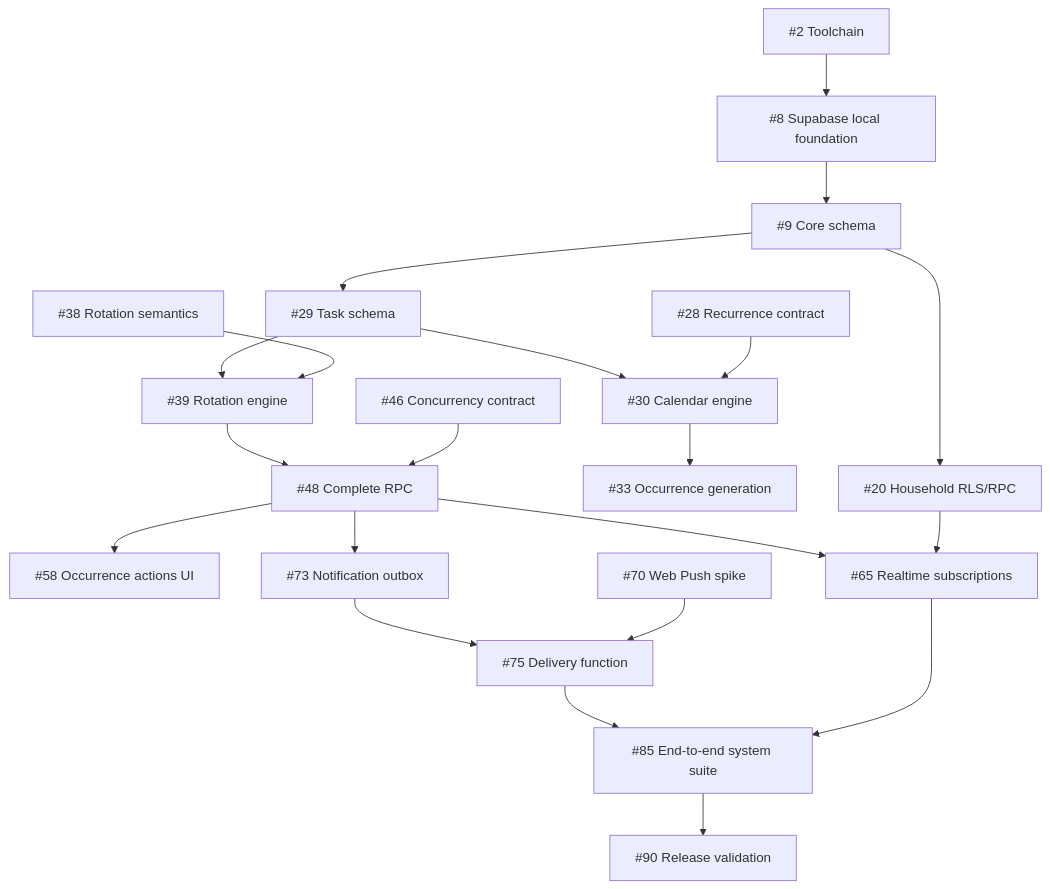
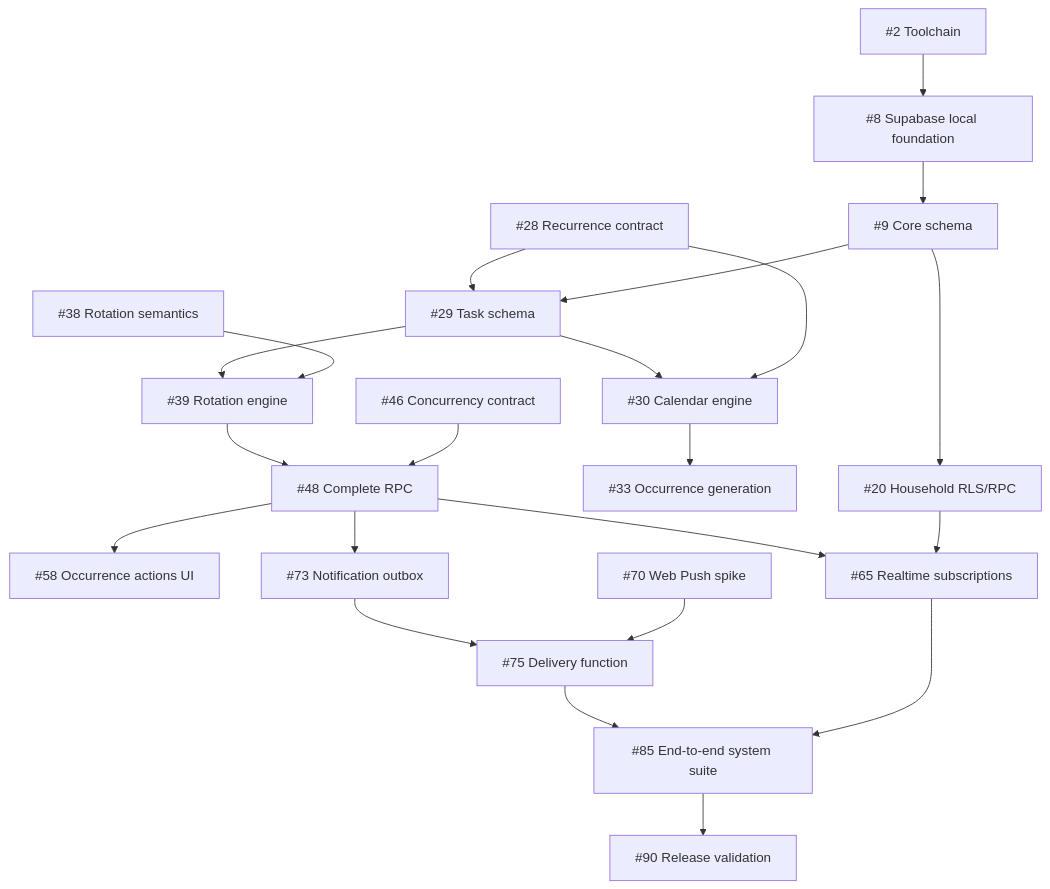
Before and after one commit to christopherrbrown3/hometeam: the fifth of 5 diagrams in ARCHITECTURE.md, drawn with Mermaid. The commit also changed 1 other file, not shown here.

Commit message:
docs: align critical path with issue dependencies

````diff
--- a/ARCHITECTURE.md
+++ b/ARCHITECTURE.md
@@ -355,23 +355,24 @@
 ```mermaid
 flowchart TD
     I2["#2 Toolchain"] --> I8["#8 Supabase local foundation"]
     I8 --> I9["#9 Core schema"]
     I9 --> I20["#20 Household RLS/RPC"]
     I9 --> I29["#29 Task schema"]
     I28["#28 Recurrence contract"] --> I30["#30 Calendar engine"]
+    I28 --> I29
     I29 --> I30
     I30 --> I33["#33 Occurrence generation"]
     I38["#38 Rotation semantics"] --> I39["#39 Rotation engine"]
     I29 --> I39
     I46["#46 Concurrency contract"] --> I48["#48 Complete RPC"]
     I39 --> I48
     I48 --> I58["#58 Occurrence actions UI"]
     I20 --> I65["#65 Realtime subscriptions"]
     I48 --> I65
     I70["#70 Web Push spike"] --> I75["#75 Delivery function"]
     I48 --> I73["#73 Notification outbox"]
     I73 --> I75
     I65 --> I85["#85 End-to-end system suite"]
     I75 --> I85
     I85 --> I90["#90 Release validation"]
 ```
````
